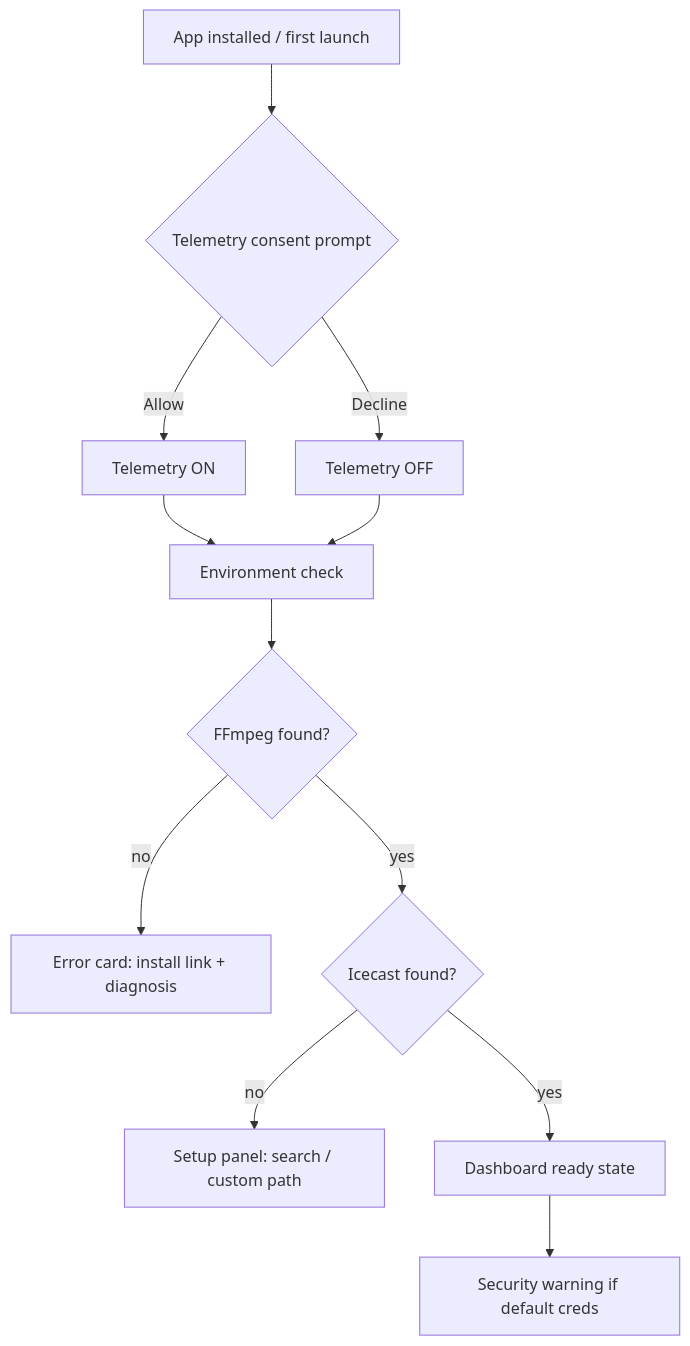
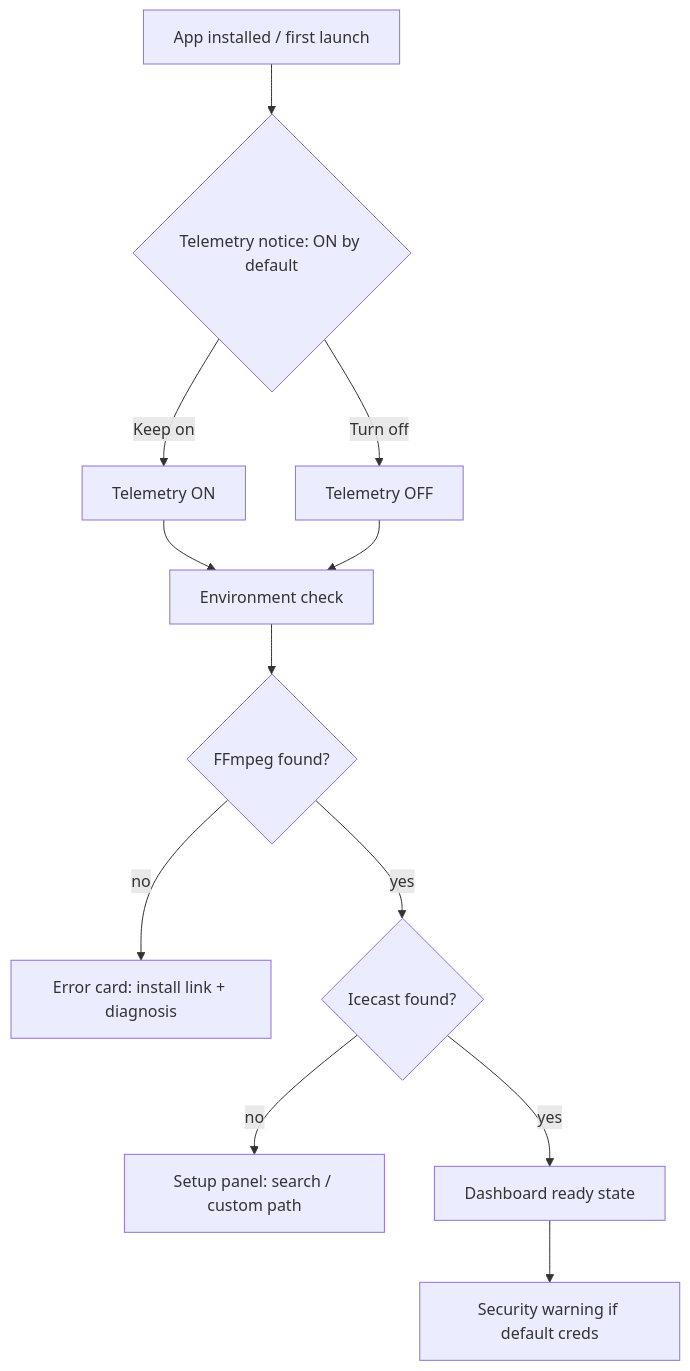
The first of 4 diagrams in docs/APP-FLOW.md (jerryagenyi/LANStreamer), drawn with Mermaid before and after one commit. The commit also changed other lines of this file and 11 other files, not shown here.

````diff
--- a/docs/APP-FLOW.md
+++ b/docs/APP-FLOW.md
@@ -23,14 +23,14 @@
 ```mermaid
 flowchart TD
-    A[App installed / first launch] --> B{Telemetry consent prompt}
-    B -->|Allow| C[Telemetry ON]
-    B -->|Decline| D[Telemetry OFF]
+    A[App installed / first launch] --> B{Telemetry notice: ON by default}
+    B -->|Keep on| C[Telemetry ON]
+    B -->|Turn off| D[Telemetry OFF]
     C --> E[Environment check]
     D --> E
     E --> F{FFmpeg found?}
     F -- no --> F1[Error card: install link + diagnosis]
     F -- yes --> G{Icecast found?}
     G -- no --> G1[Setup panel: search / custom path]
     G -- yes --> H[Dashboard ready state]
     H --> I[Security warning if default creds]
 ```
````
